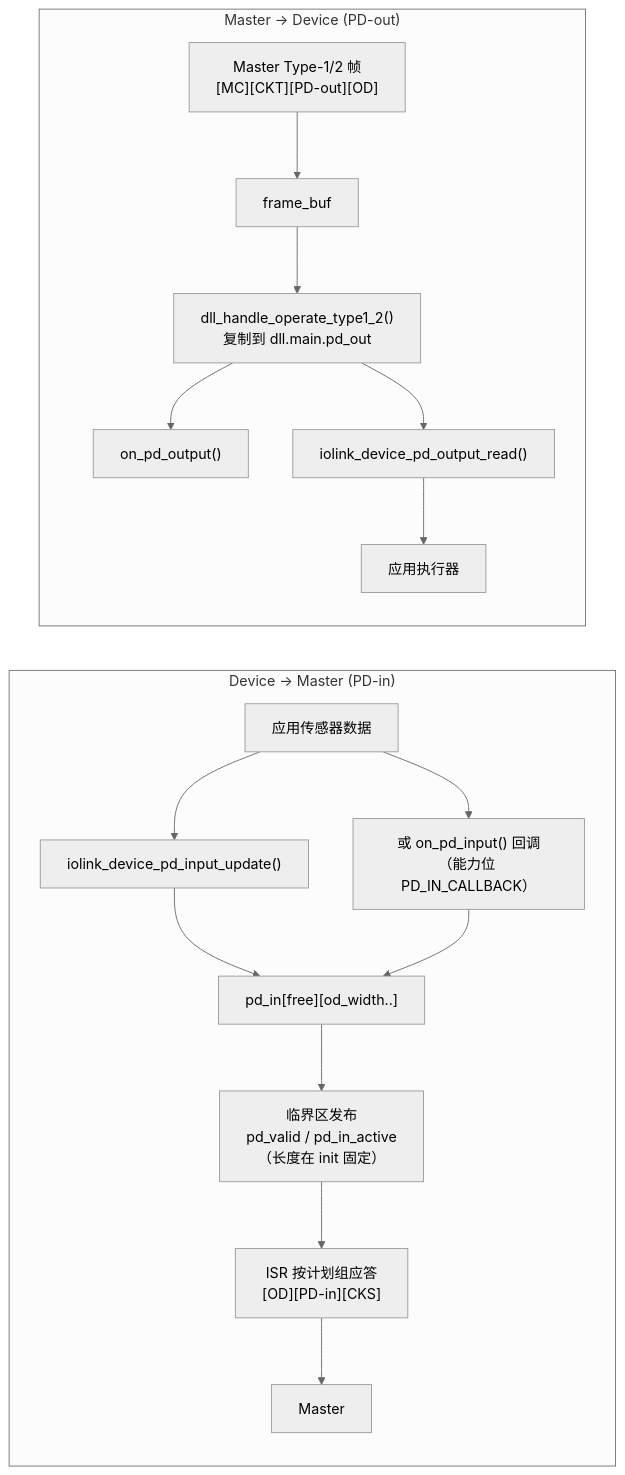
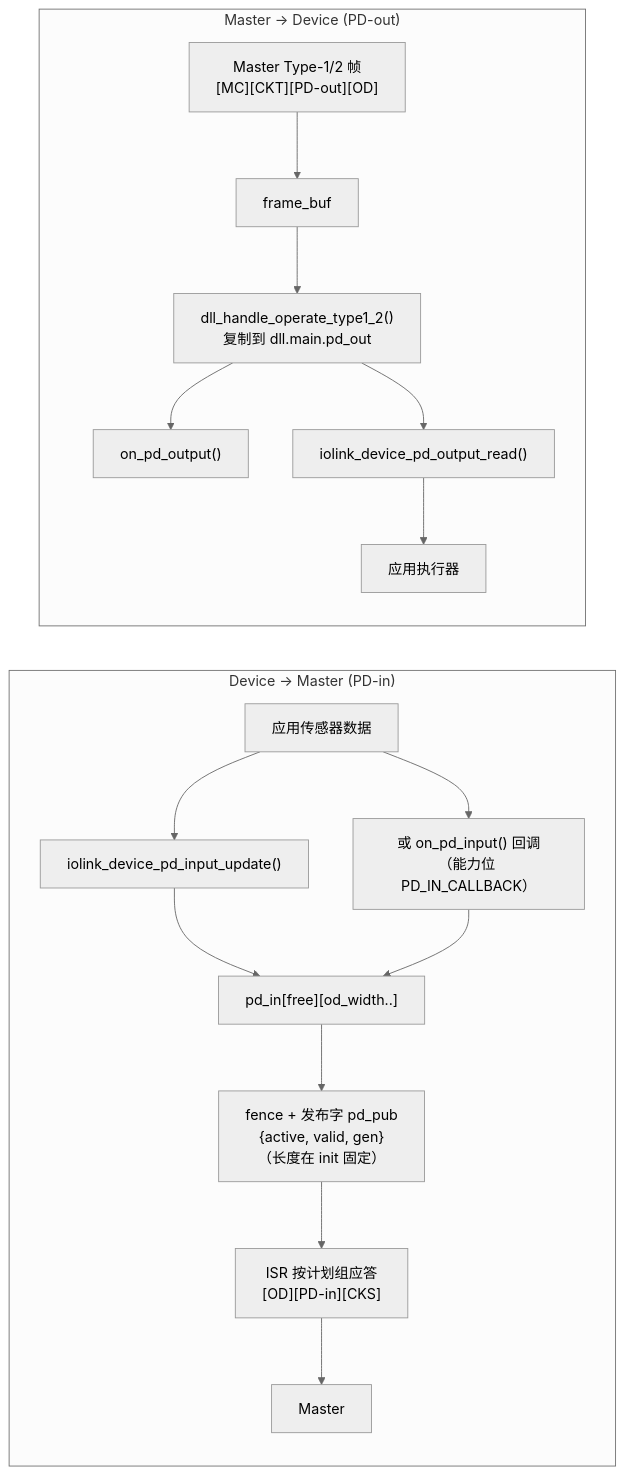
One commit to Adlyq/iolinki changed the eighth of 17 diagrams in docs/CODE_FLOW.md. Above: the diagram before and after it, drawn with Mermaid (neutral theme). The commit also changed other lines of this file and 31 other files, not shown here.

````diff
--- a/docs/CODE_FLOW.md
+++ b/docs/CODE_FLOW.md
@@ -456,19 +456,19 @@
 ```mermaid
 flowchart LR
     subgraph IN["Device → Master (PD-in)"]
         A1["应用传感器数据"] --> A2["iolink_device_pd_input_update()"]
         A1 --> A3["或 on_pd_input() 回调<br/>（能力位 PD_IN_CALLBACK）"]
         A2 --> A4["pd_in[free][od_width..]"]
         A3 --> A4
-        A4 --> A5["临界区发布<br/>pd_valid / pd_in_active<br/>（长度在 init 固定）"]
+        A4 --> A5["fence + 发布字 pd_pub<br/>{active, valid, gen}<br/>（长度在 init 固定）"]
         A5 --> A6["ISR 按计划组应答<br/>[OD][PD-in][CKS]"]
         A6 --> A7["Master"]
     end
     subgraph OUT["Master → Device (PD-out)"]
         B1["Master Type-1/2 帧<br/>[MC][CKT][PD-out][OD]"] --> B2["frame_buf"]
         B2 --> B3["dll_handle_operate_type1_2()<br/>复制到 dll.main.pd_out"]
         B3 --> B4["on_pd_output()"]
         B3 --> B5["iolink_device_pd_output_read()"]
         B5 --> B6["应用执行器"]
     end
 ```
````
